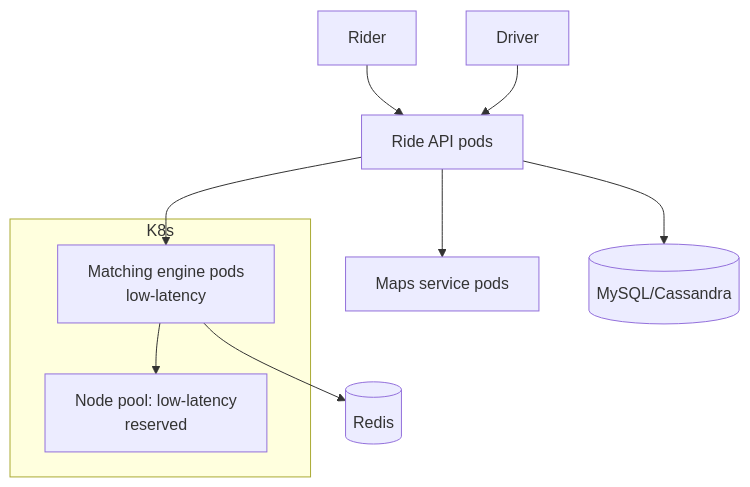
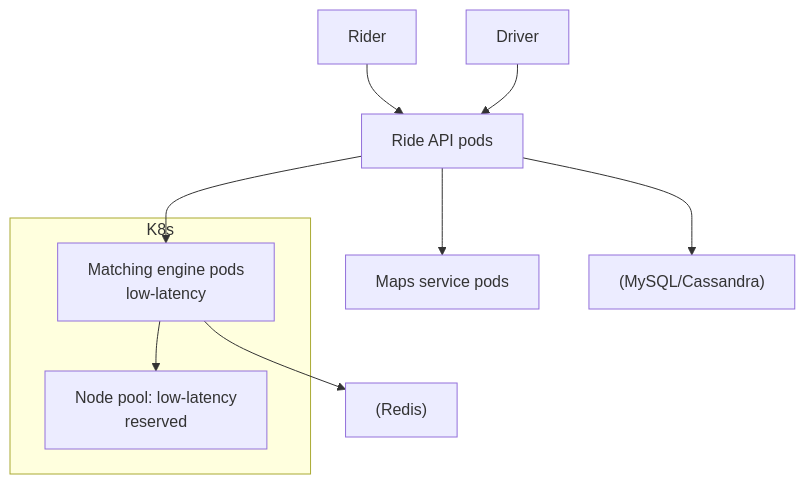
The diagram in 17-company-cases/uber.md (WhoisMonesh/K8S-Everything), drawn with Mermaid before and after one commit. The commit also changed 62 other files, not shown here.

First line of the commit message:
Fix all Mermaid diagrams for GitHub compatibility

````diff
--- a/17-company-cases/uber.md
+++ b/17-company-cases/uber.md
@@ -24,13 +24,13 @@
 ```mermaid
 graph TD
     Rider --> API[Ride API pods]
     Driver --> API
     API --> Match[Matching engine pods<br/>low-latency]
     API --> Map[Maps service pods]
-    Match --> Cache[(Redis)]
-    API --> DB[(MySQL/Cassandra)]
-    subgraph K8s
+    Match --> Cache["(Redis)"]
+    API --> DB["(MySQL/Cassandra)"]
+    subgraph "K8s"
         LL[Node pool: low-latency<br/>reserved]
         Match --> LL
     end
 ```
````
